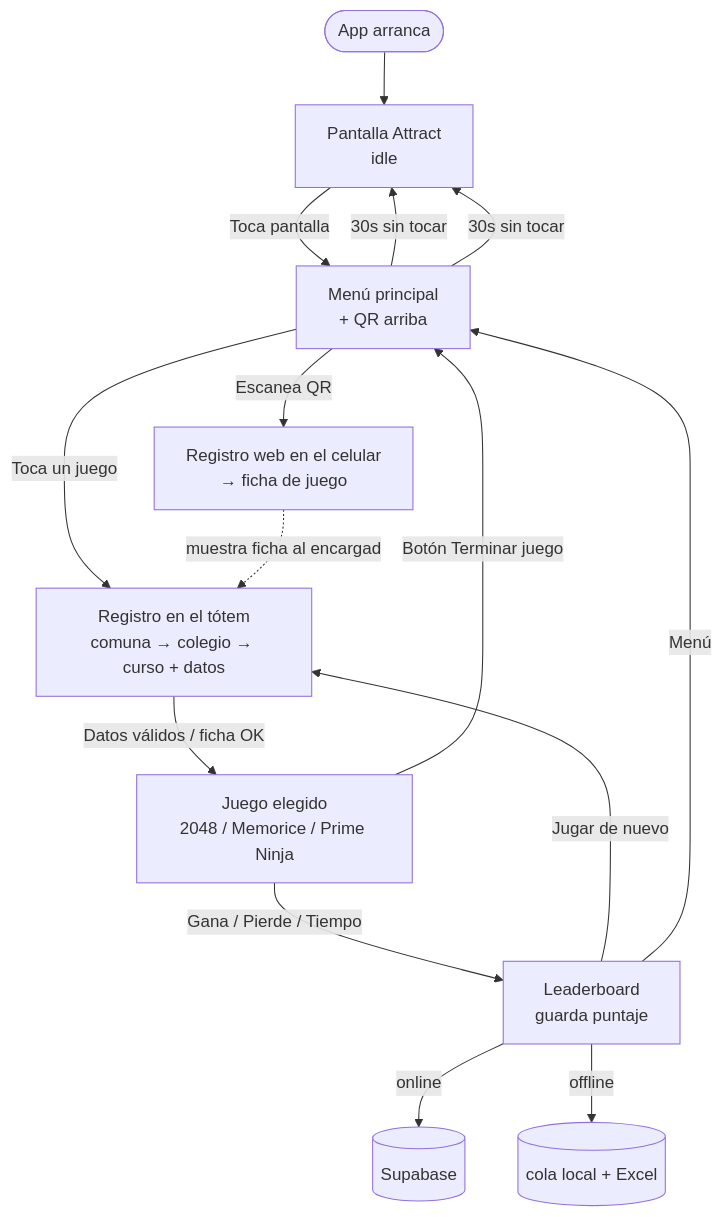
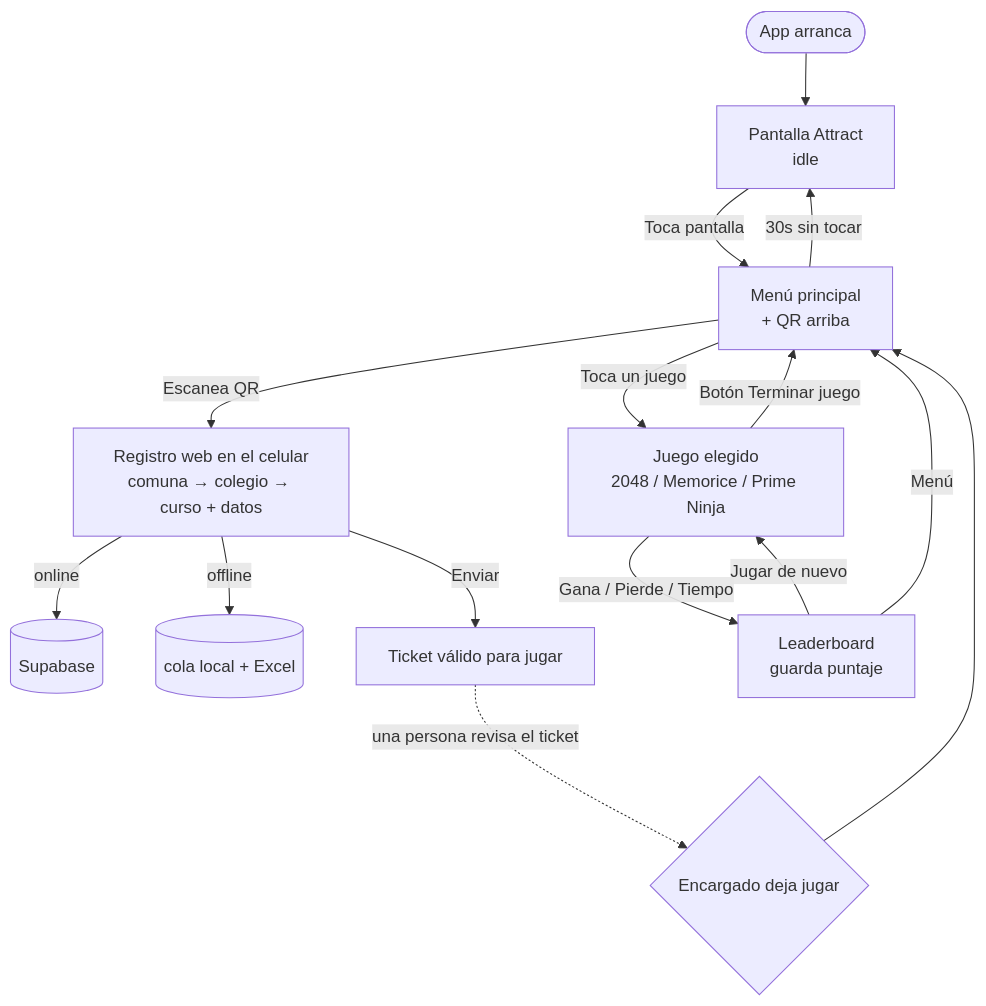
One commit to craulii/totem-usm-admision changed the second of 3 diagrams in GAMEFLOW.md. Above: the diagram before and after it, drawn with Mermaid. The commit also changed other lines of this file and 5 other files, not shown here.

First line of the commit message:
refactor(app): el registro sale del tótem al flujo QR

````diff
--- a/GAMEFLOW.md
+++ b/GAMEFLOW.md
@@ -34,20 +34,21 @@
 ```mermaid
 flowchart TD
     START([App arranca]) --> ATTRACT[Pantalla Attract\nidle]
     ATTRACT -->|Toca pantalla| MENU[Menú principal\n+ QR arriba]
     MENU -->|30s sin tocar| ATTRACT
 
-    MENU -->|Escanea QR| WEBREG[Registro web en el celular\n→ ficha de juego]
-    MENU -->|Toca un juego| REG[Registro en el tótem\ncomuna → colegio → curso + datos]
-    WEBREG -.muestra ficha al encargado.-> REG
+    %% Registro fuera del tótem (celular)
+    MENU -->|Escanea QR| WEBREG[Registro web en el celular\ncomuna → colegio → curso + datos]
+    WEBREG -->|online| SUPA[(Supabase)]
+    WEBREG -->|offline| LOCAL[(cola local + Excel)]
+    WEBREG -->|Enviar| TICKET[Ticket válido para jugar]
+    TICKET -.una persona revisa el ticket.-> STAFF{Encargado deja jugar}
+    STAFF --> MENU
 
-    REG -->|Datos válidos / ficha OK| GAME[Juego elegido\n2048 / Memorice / Prime Ninja]
+    %% En el tótem, sin formulario de por medio
+    MENU -->|Toca un juego| GAME[Juego elegido\n2048 / Memorice / Prime Ninja]
     GAME -->|Botón Terminar juego| MENU
     GAME -->|Gana / Pierde / Tiempo| LB[Leaderboard\nguarda puntaje]
-
-    LB -->|online| SUPA[(Supabase)]
-    LB -->|offline| LOCAL[(cola local + Excel)]
-    LB -->|Jugar de nuevo| REG
+    LB -->|Jugar de nuevo| GAME
     LB -->|Menú| MENU
-    MENU -->|30s sin tocar| ATTRACT
 ```
````
